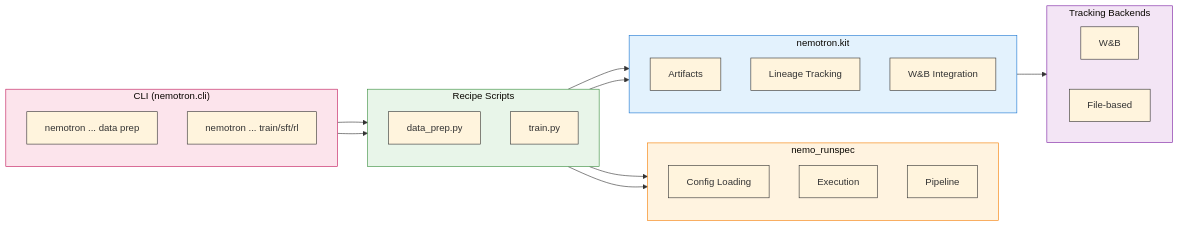
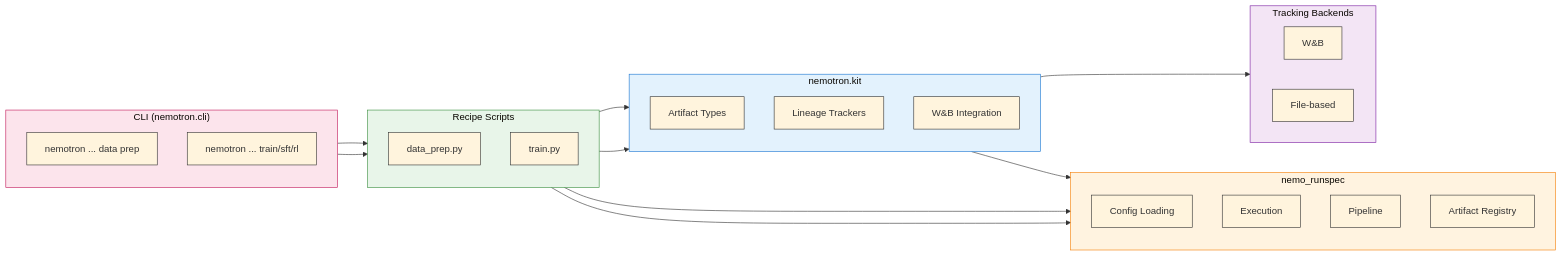
One commit to akao47/Nemotron changed the diagram in docs/nemotron/kit.md. Above: the diagram before and after it, drawn with Mermaid. The commit also changed other lines of this file and 7 other files, not shown here.

````diff
--- a/docs/nemotron/kit.md
+++ b/docs/nemotron/kit.md
@@ -21,49 +21,51 @@
 ```mermaid
 %%{init: {'theme': 'base', 'themeVariables': { 'primaryBorderColor': '#333333', 'lineColor': '#333333', 'primaryTextColor': '#333333', 'clusterBkg': '#ffffff', 'clusterBorder': '#333333'}}}%%
 flowchart LR
     subgraph cli["CLI (nemotron.cli)"]
         direction TB
         CMD1["nemotron ... data prep"]
         CMD2["nemotron ... train/sft/rl"]
     end
 
     subgraph recipes["Recipe Scripts"]
         direction TB
         DataPrep["data_prep.py"]
         Train["train.py"]
     end
 
     subgraph runspec["nemo_runspec"]
         direction TB
         Config["Config Loading"]
         Exec["Execution"]
         Pipeline["Pipeline"]
+        Registry["Artifact Registry"]
     end
 
     subgraph kit["nemotron.kit"]
         direction TB
-        Artifact["Artifacts"]
-        Tracker["Lineage Tracking"]
+        Artifact["Artifact Types"]
+        Tracker["Lineage Trackers"]
         WandB["W&B Integration"]
     end
 
     subgraph tracking["Tracking Backends"]
         direction LR
         WandBBackend["W&B"]
         FileBackend["File-based"]
     end
 
     CMD1 --> DataPrep
     CMD2 --> Train
     DataPrep --> kit
     DataPrep --> runspec
     Train --> kit
     Train --> runspec
+    Artifact --> Registry
     Tracker --> tracking
 
     style cli fill:#fce4ec,stroke:#c2185b
     style recipes fill:#e8f5e9,stroke:#388e3c
     style runspec fill:#fff3e0,stroke:#f57c00
     style kit fill:#e3f2fd,stroke:#1976d2
     style tracking fill:#f3e5f5,stroke:#7b1fa2
 ```
````
